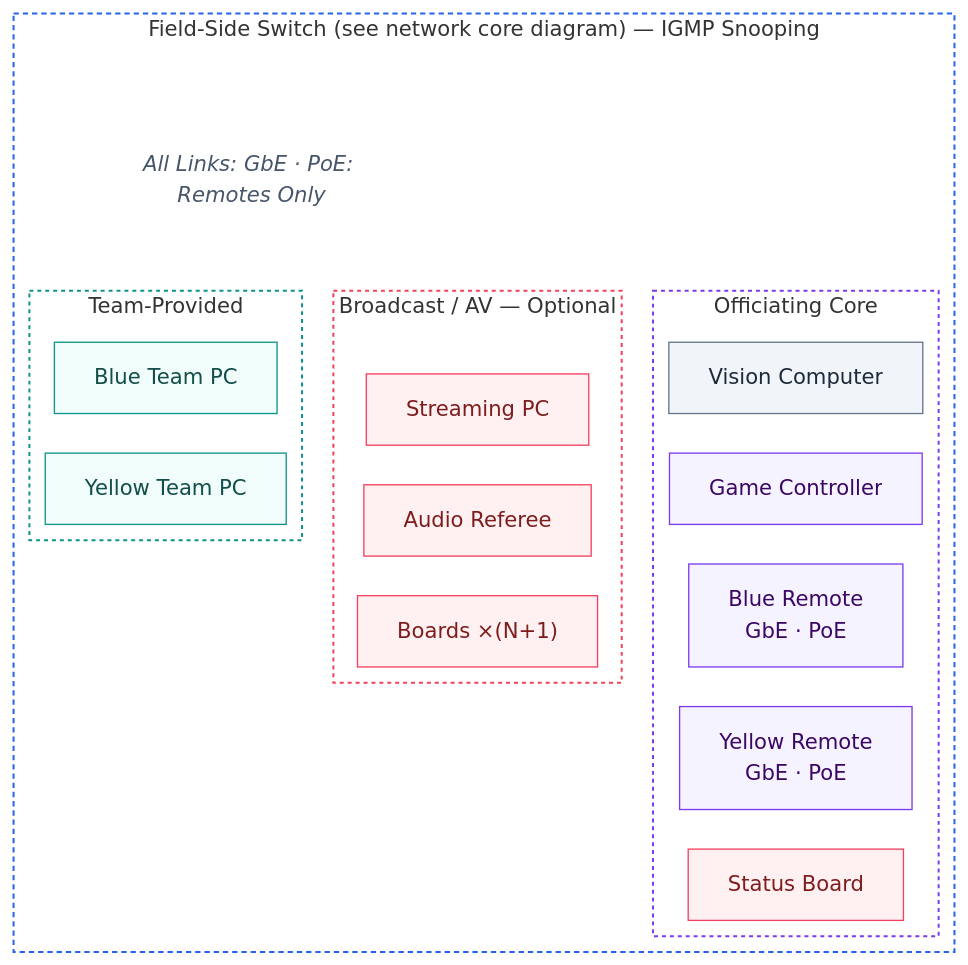
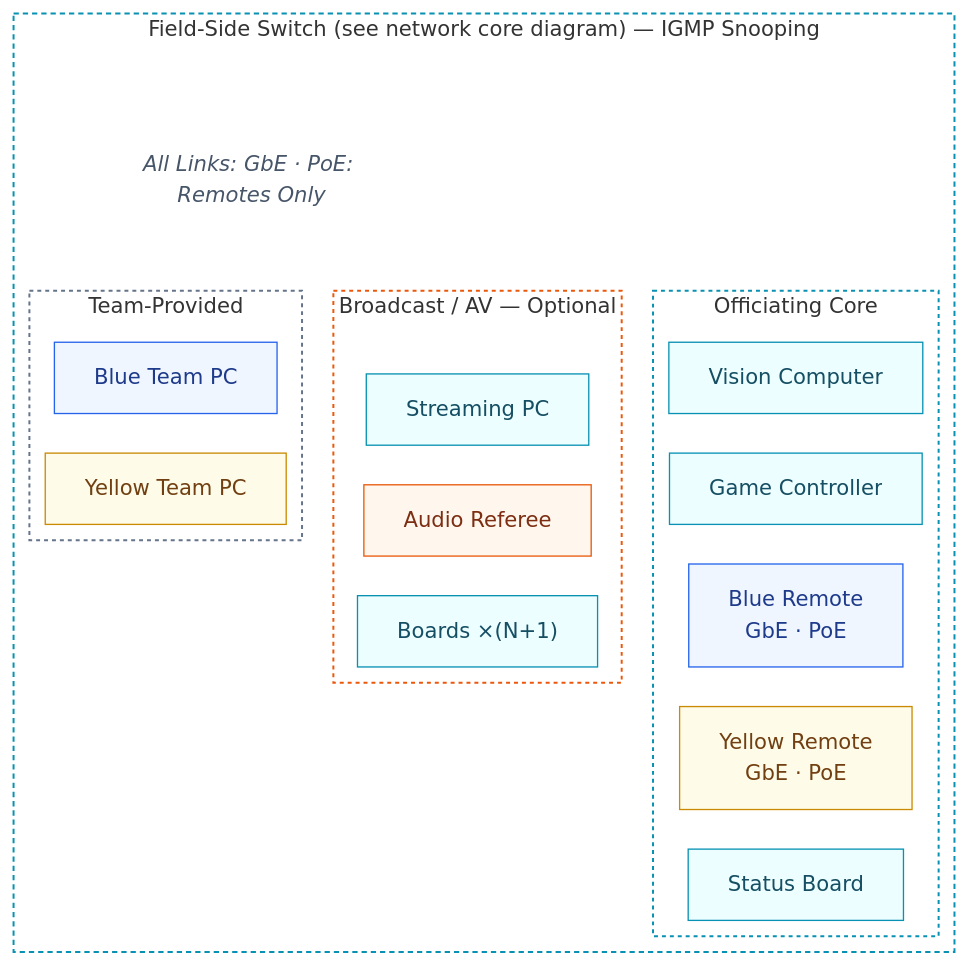
One commit to RoboCup-SSL/ssl-docs changed the diagram in docs-source/field/network/diagrams/field-side-equipment.mmd. Above: the diagram before and after it, drawn with Mermaid. The commit also changed 92 other files, not shown here.

Commit message:
add drawio support, detail network diagrams

```diff
--- a/docs-source/field/network/diagrams/field-side-equipment.mmd
+++ b/docs-source/field/network/diagrams/field-side-equipment.mmd
@@ -1,53 +1,52 @@
 ---
 config:
   layout: elk
   elk:
     nodePlacementStrategy: NETWORK_SIMPLEX
 ---
 flowchart TD
     subgraph Switch["Field-Side Switch (see network core diagram) — IGMP Snooping"]
         Note["All Links: GbE · PoE: Remotes Only"]
 
         subgraph Officiating["Officiating Core"]
             Vision["Vision Computer"]
             GC["Game Controller"]
             BR["Blue Remote<br/>GbE · PoE"]
             YR["Yellow Remote<br/>GbE · PoE"]
             SB["Status Board"]
             Vision ~~~ GC ~~~ BR ~~~ YR ~~~ SB
         end
 
         subgraph TeamFacing["Team-Provided"]
             BT["Blue Team PC"]
             YT["Yellow Team PC"]
             BT ~~~ YT
         end
 
         subgraph Broadcast["Broadcast / AV — Optional"]
             Stream["Streaming PC"]
             Audio["Audio Referee"]
             Boards["Boards ×(N+1)"]
             Stream ~~~ Audio ~~~ Boards
         end
 
         Note ~~~ Officiating
         Note ~~~ TeamFacing
         Note ~~~ Broadcast
     end
 
-    classDef gray fill:#f1f5f9,stroke:#64748b,color:#1e293b;
-    classDef purple fill:#f5f3ff,stroke:#7c3aed,color:#3b0764;
-    classDef teal fill:#f0fdfa,stroke:#0d9488,color:#134e4a;
-    classDef coral fill:#fff1f2,stroke:#f43f5e,color:#7f1d1d;
+    classDef cyan fill:#ecfeff,stroke:#0891b2,color:#164e63;
+    classDef blue fill:#eff6ff,stroke:#2563eb,color:#1e3a8a;
+    classDef yellow fill:#fefce8,stroke:#ca8a04,color:#713f12;
+    classDef orange fill:#fff7ed,stroke:#ea580c,color:#7c2d12;
 
-    class Vision gray;
-    class GC,BR,YR purple;
-    class SB coral;
-    class BT,YT teal;
-    class Stream,Audio,Boards coral;
+    class Vision,GC,SB,Stream,Boards cyan;
+    class BR,BT blue;
+    class YR,YT yellow;
+    class Audio orange;
 
     style Note fill:none,stroke:none,color:#475569,font-style:italic
-    style Switch fill:none,stroke:#2563eb,stroke-dasharray:4 3,stroke-width:1.5px
-    style Officiating fill:none,stroke:#7c3aed,stroke-dasharray:3 3,stroke-width:1.5px
-    style TeamFacing fill:none,stroke:#0d9488,stroke-dasharray:3 3,stroke-width:1.5px
-    style Broadcast fill:none,stroke:#f43f5e,stroke-dasharray:3 3,stroke-width:1.5px
+    style Switch fill:none,stroke:#0891b2,stroke-dasharray:4 3,stroke-width:1.5px
+    style Officiating fill:none,stroke:#0891b2,stroke-dasharray:3 3,stroke-width:1.5px
+    style TeamFacing fill:none,stroke:#64748b,stroke-dasharray:3 3,stroke-width:1.5px
+    style Broadcast fill:none,stroke:#ea580c,stroke-dasharray:3 3,stroke-width:1.5px
```
